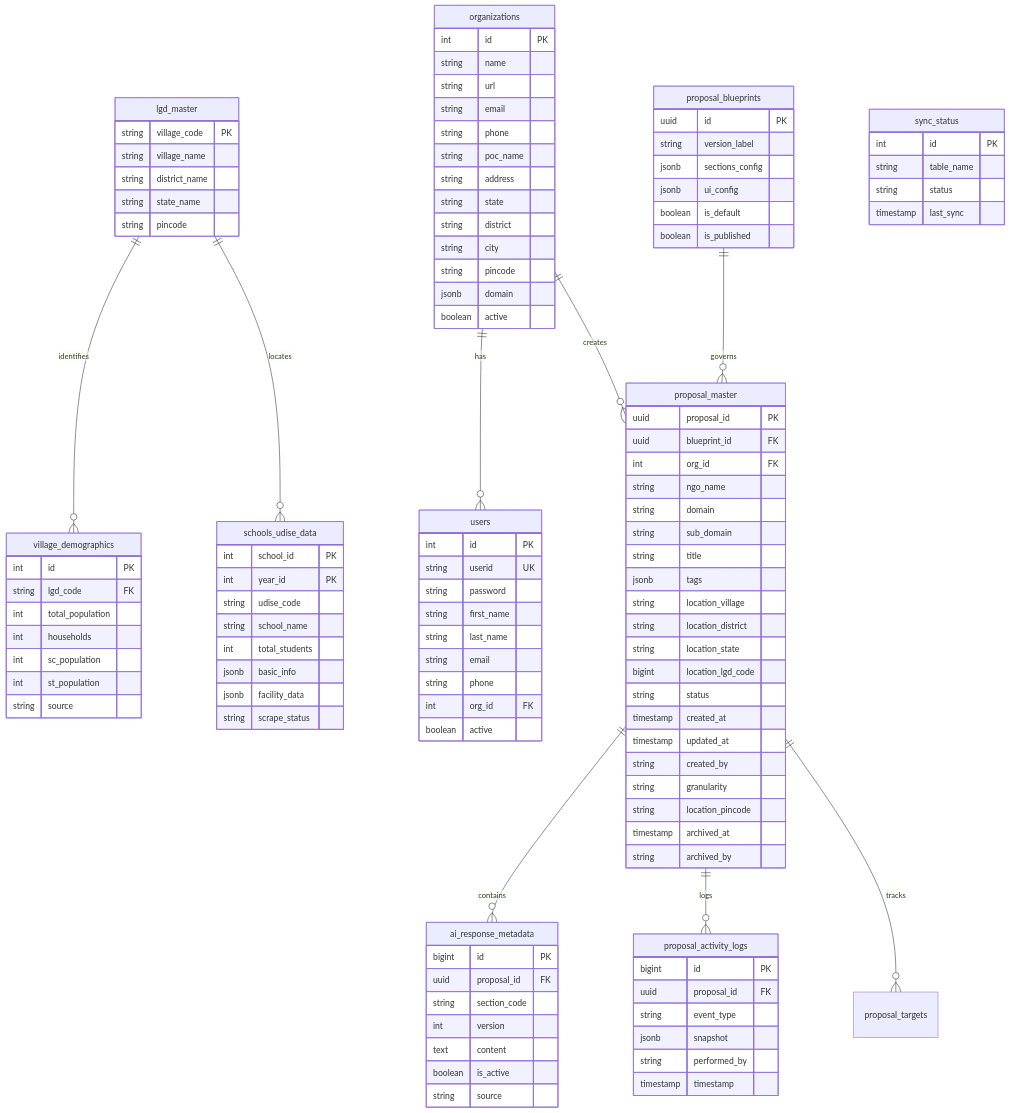
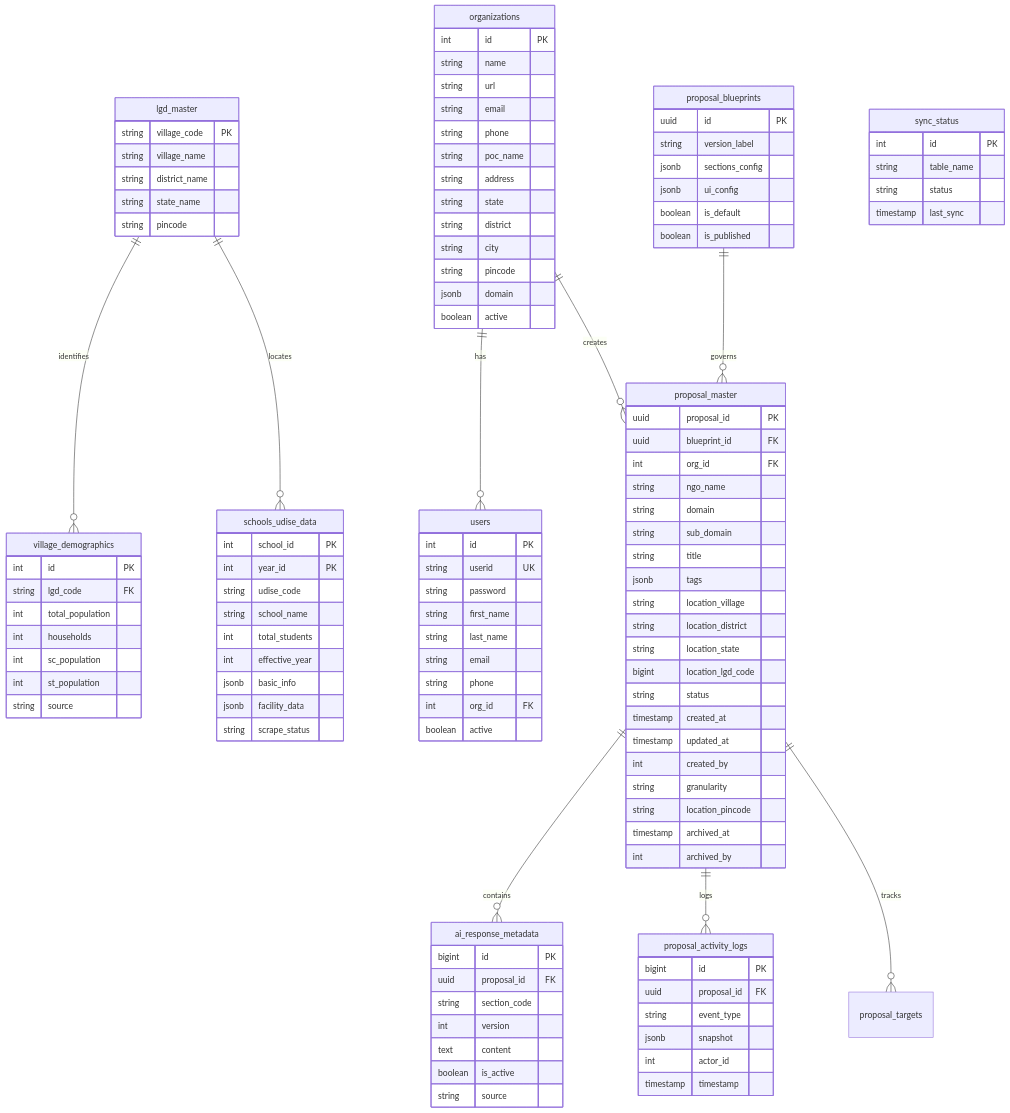
One commit to Prakalpa-Proposal/prakalpa_proposal_database changed the diagram in README.md. Above: the diagram before and after it, drawn with Mermaid. The commit also changed other lines of this file and 3 other files, not shown here.

Commit message:
feat: Standardize user references to integer foreign keys in the database schema, add a unique constraint for proposal sections, introduce a system user, and refine school data enrichment recovery logic.

```diff
--- a/README.md
+++ b/README.md
@@ -85,6 +88,7 @@
         string udise_code
         string school_name
         int total_students
+        int effective_year
         jsonb basic_info
         jsonb facility_data
         string scrape_status
@@ -157,11 +161,11 @@
         string status
         timestamp created_at
         timestamp updated_at
-        string created_by
+        int created_by
         string granularity
         string location_pincode
         timestamp archived_at
-        string archived_by
+        int archived_by
     }
 
     ai_response_metadata {
@@ -179,7 +183,7 @@
         uuid proposal_id FK
         string event_type
         jsonb snapshot
-        string performed_by
+        int actor_id
         timestamp timestamp
     }
 
```
